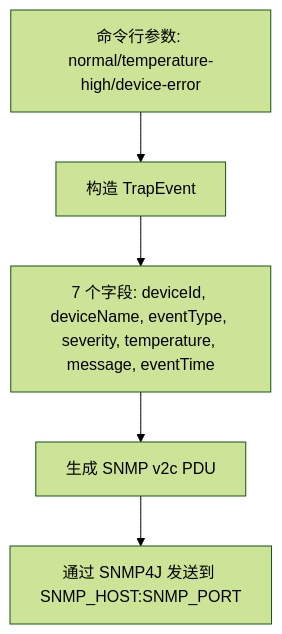
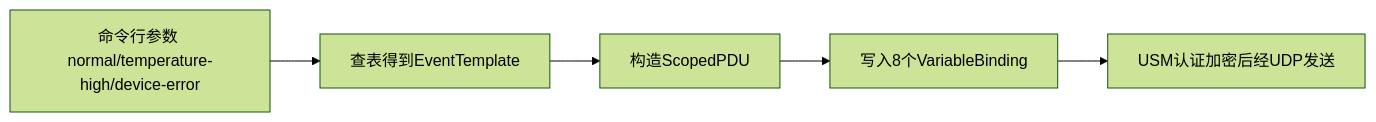
The diagram in slides/snmp-trap-demo-course/04.md (seki999/DialogueFlow_GitHub_OnLine), drawn with Mermaid (forest theme) before and after one commit. The commit also changed other lines of this file and 48 other files, not shown here.

````diff
--- a/slides/snmp-trap-demo-course/04.md
+++ b/slides/snmp-trap-demo-course/04.md
@@ -5,7 +5,7 @@
 ```mermaid
-flowchart TD
-    Arg[命令行参数: normal/temperature-high/device-error] --> Ev[构造 TrapEvent]
-    Ev --> Fields[7 个字段: deviceId, deviceName, eventType, severity, temperature, message, eventTime]
-    Fields --> PDU[生成 SNMP v2c PDU]
-    PDU --> Send[通过 SNMP4J 发送到 SNMP_HOST:SNMP_PORT]
+flowchart LR
+  ARG[命令行参数 normal/temperature-high/device-error] --> T[查表得到EventTemplate]
+  T --> B[构造ScopedPDU]
+  B --> V[写入8个VariableBinding]
+  V --> SEND[USM认证加密后经UDP发送]
 ```
````
